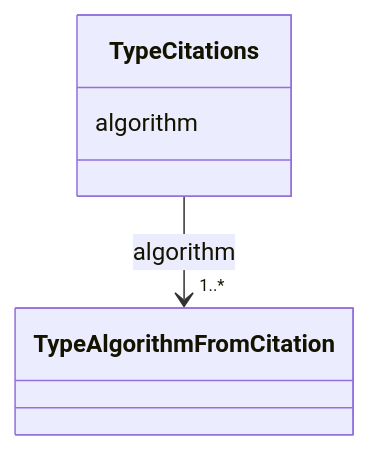
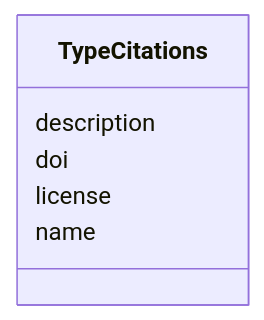
One commit to bilayer-containers/bilayers changed the diagram in docs/developer/TypeCitations.md. Above: the diagram before and after it, drawn with Mermaid. The commit also changed other lines of this file and 39 other files, not shown here.

````diff
--- a/docs/developer/TypeCitations.md
+++ b/docs/developer/TypeCitations.md
@@ -19,15 +19,14 @@
 ```mermaid
  classDiagram
     class TypeCitations
     click TypeCitations href "../TypeCitations"
-      TypeCitations : algorithm
+      TypeCitations : description
         
-          
-    
-    
-    TypeCitations --> "1..*" TypeAlgorithmFromCitation : algorithm
-    click TypeAlgorithmFromCitation href "../TypeAlgorithmFromCitation"
-
+      TypeCitations : doi
+        
+      TypeCitations : license
+        
+      TypeCitations : name
         
       
 ```
````
